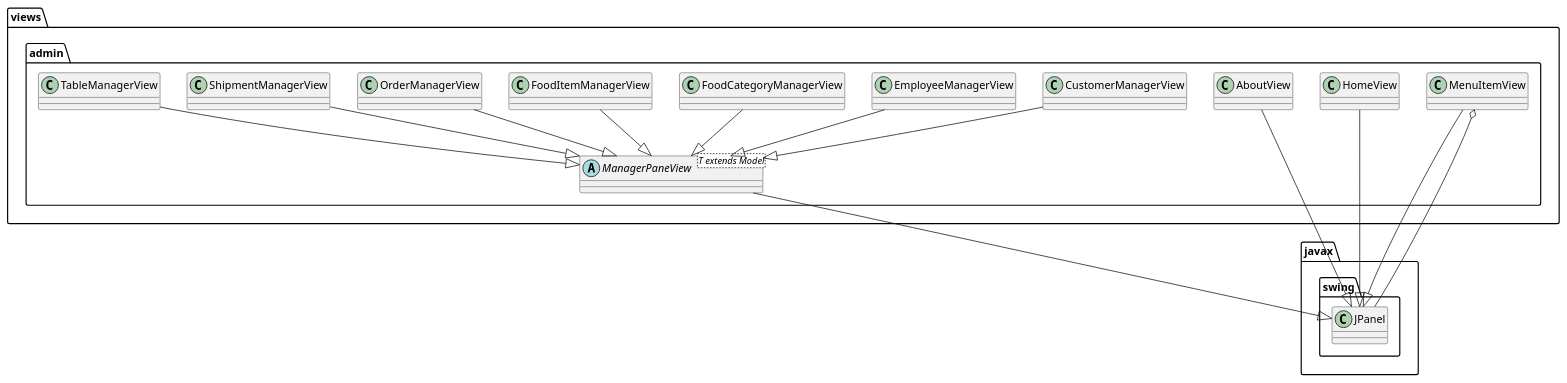
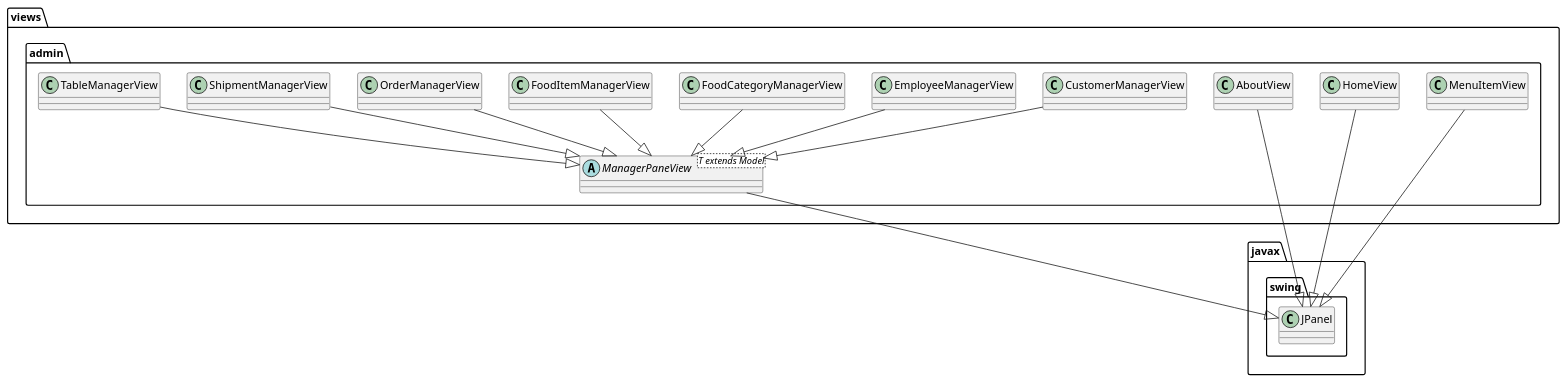
One commit to PTIT-D22KH/milktea_sales_management_project changed the diagram in report/diagrams/view_admin_class_diagram.puml. Above: the diagram before and after it, drawn with PlantUML. The commit also changed 39 other files, not shown here.

```diff
--- a/report/diagrams/view_admin_class_diagram.puml
+++ b/report/diagrams/view_admin_class_diagram.puml
@@ -1,53 +1,52 @@
 @startuml
 package views.admin {
     abstract class ManagerPaneView<T extends Model> {
 
     }
     class AboutView
     class HomeView
     
     class CustomerManagerView {
 
     }
 
     class EmployeeManagerView {
 
     }
 
     class FoodCategoryManagerView {
 
     }
 
     class FoodItemManagerView {
 
     }
 
     class OrderManagerView {
 
     }
 
     class ShipmentManagerView {
 
     }
 
     class TableManagerView {
 
     }
     class MenuItemView {
     }
 }
 views.admin.ManagerPaneView --|> javax.swing.JPanel
 
 views.admin.CustomerManagerView --|> views.admin.ManagerPaneView
 views.admin.EmployeeManagerView --|> views.admin.ManagerPaneView
 views.admin.FoodCategoryManagerView --|> views.admin.ManagerPaneView
 views.admin.FoodItemManagerView --|> views.admin.ManagerPaneView
 views.admin.OrderManagerView --|> views.admin.ManagerPaneView
 views.admin.ShipmentManagerView --|> views.admin.ManagerPaneView
 views.admin.TableManagerView --|> views.admin.ManagerPaneView
 views.admin.HomeView --|> javax.swing.JPanel
 views.admin.AboutView --|> javax.swing.JPanel
 
 views.admin.MenuItemView --|> javax.swing.JPanel
-views.admin.MenuItemView o-- javax.swing.JPanel
 @enduml
```
